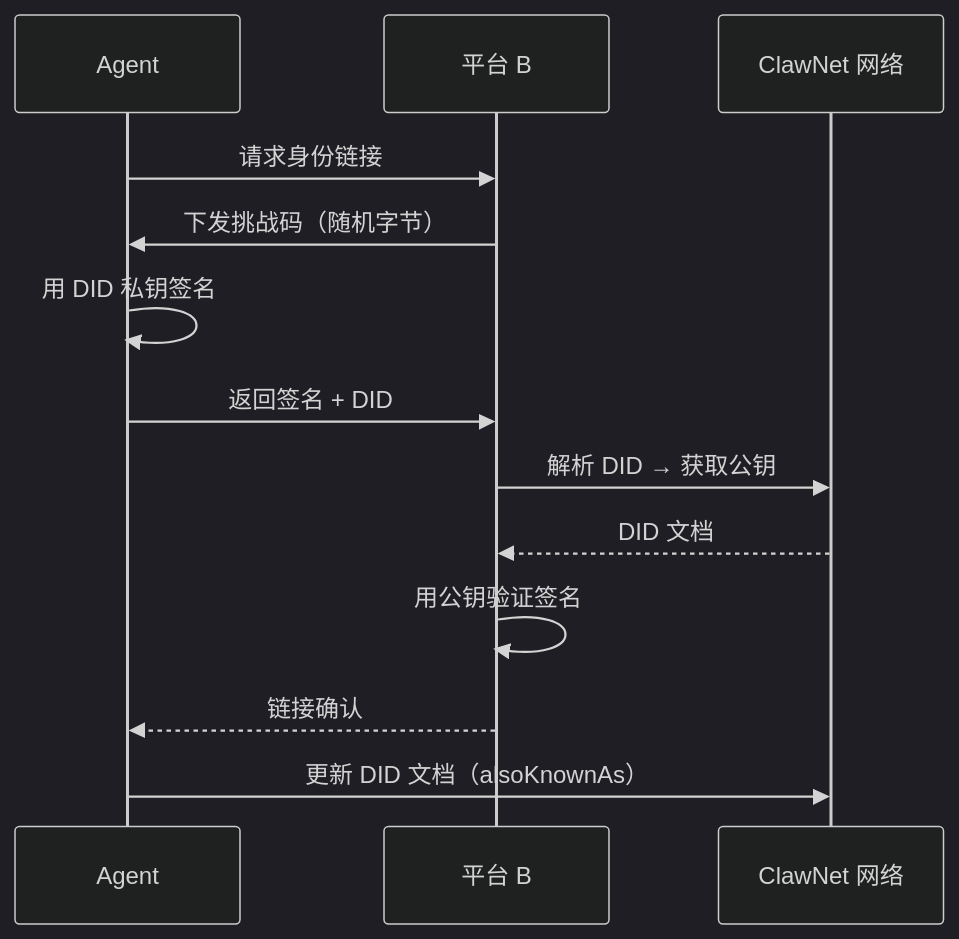
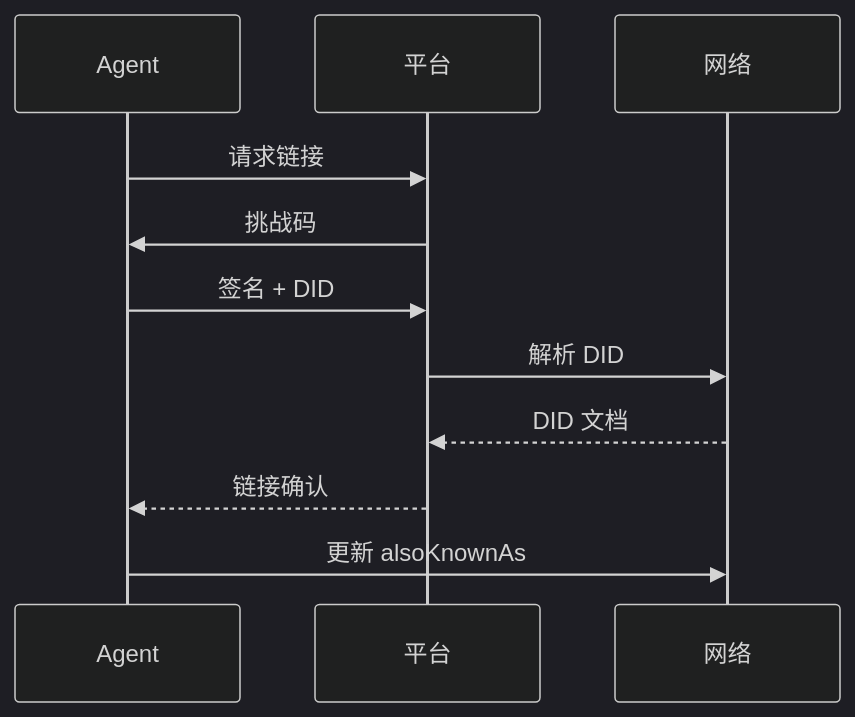
One commit to claw-network/clawnet changed the second of 2 diagrams in packages/docs/content/docs/getting-started/core-concepts/identity.zh.md. Above: the diagram before and after it, drawn with Mermaid (dark theme). The commit also changed other lines of this file and 14 other files, not shown here.

First line of the commit message:
Refactor diagrams and improve clarity in DAO, Identity, Markets, Reputation, Service Contracts, and Wallet documentation

````diff
--- a/packages/docs/content/docs/getting-started/core-concepts/identity.zh.md
+++ b/packages/docs/content/docs/getting-started/core-concepts/identity.zh.md
@@ -113,16 +112,14 @@
 ```mermaid
 sequenceDiagram
-    participant Agent
-    participant Platform as 平台 B
-    participant Network as ClawNet 网络
+    participant A as Agent
+    participant P as 平台
+    participant N as 网络
 
-    Agent->>Platform: 请求身份链接
-    Platform->>Agent: 下发挑战码（随机字节）
-    Agent->>Agent: 用 DID 私钥签名
-    Agent->>Platform: 返回签名 + DID
-    Platform->>Network: 解析 DID → 获取公钥
-    Network-->>Platform: DID 文档
-    Platform->>Platform: 用公钥验证签名
-    Platform-->>Agent: 链接确认
-    Agent->>Network: 更新 DID 文档（alsoKnownAs）
+    A->>P: 请求链接
+    P->>A: 挑战码
+    A->>P: 签名 + DID
+    P->>N: 解析 DID
+    N-->>P: DID 文档
+    P-->>A: 链接确认
+    A->>N: 更新 alsoKnownAs
 ```
````
